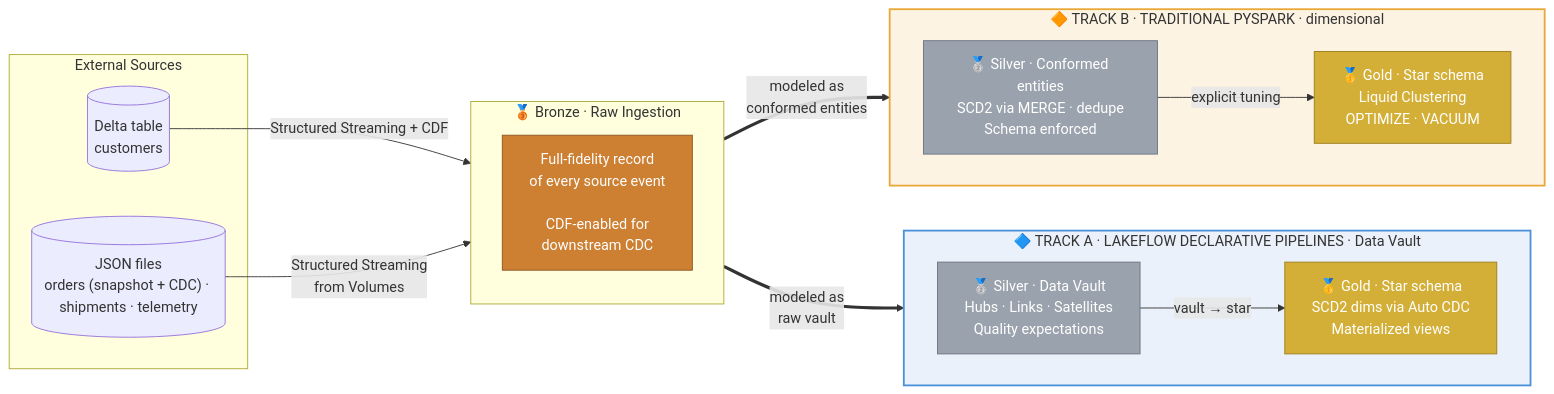
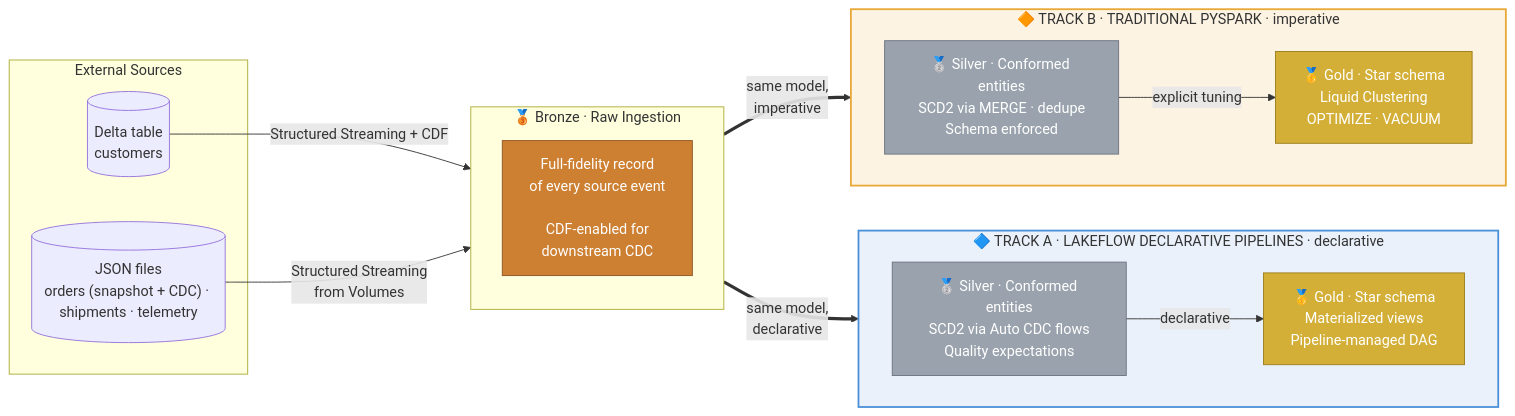
Before and after one commit to schmucas/databricks_de_professional_practice: the second of 5 diagrams in README.md, drawn with Mermaid. The commit also changed other lines of this file and 13 other files, not shown here.

````diff
--- a/README.md
+++ b/README.md
@@ -131,41 +131,41 @@
 ```mermaid
 flowchart LR
     subgraph Sources["External Sources"]
         S1[("Delta table<br/>customers")]
         S2[("JSON files<br/>orders (snapshot + CDC) · shipments · telemetry")]
     end
 
     subgraph Bronze["🥉 Bronze · Raw Ingestion"]
         B["Full-fidelity record<br/>of every source event<br/><br/>CDF-enabled for<br/>downstream CDC"]
     end
 
-    subgraph dlt_track["🔷 TRACK A · LAKEFLOW DECLARATIVE PIPELINES · Data Vault"]
+    subgraph dlt_track["🔷 TRACK A · LAKEFLOW DECLARATIVE PIPELINES · declarative"]
         direction LR
-        SV1["🥈 Silver · Data Vault<br/>Hubs · Links · Satellites<br/>Quality expectations"]
-        G1["🥇 Gold · Star schema<br/>SCD2 dims via Auto CDC<br/>Materialized views"]
-        SV1 -->|"vault → star"| G1
+        SV1["🥈 Silver · Conformed entities<br/>SCD2 via Auto CDC flows<br/>Quality expectations"]
+        G1["🥇 Gold · Star schema<br/>Materialized views<br/>Pipeline-managed DAG"]
+        SV1 -->|"declarative"| G1
     end
 
-    subgraph psp_track["🔶 TRACK B · TRADITIONAL PYSPARK · dimensional"]
+    subgraph psp_track["🔶 TRACK B · TRADITIONAL PYSPARK · imperative"]
         direction LR
         SV2["🥈 Silver · Conformed entities<br/>SCD2 via MERGE · dedupe<br/>Schema enforced"]
         G2["🥇 Gold · Star schema<br/>Liquid Clustering<br/>OPTIMIZE · VACUUM"]
         SV2 -->|"explicit tuning"| G2
     end
 
     S1 -->|"Structured Streaming + CDF"| Bronze
     S2 -->|"Structured Streaming<br/>from Volumes"| Bronze
-    Bronze ==>|"modeled as<br/>raw vault"| SV1
-    Bronze ==>|"modeled as<br/>conformed entities"| SV2
+    Bronze ==>|"same model,<br/>declarative"| SV1
+    Bronze ==>|"same model,<br/>imperative"| SV2
 
     classDef bronze fill:#cd7f32,stroke:#8a5522,color:#fff
     classDef silver fill:#9aa3ad,stroke:#6b7280,color:#fff
     classDef gold   fill:#d4af37,stroke:#9a7d1a,color:#fff
 
     class B bronze
     class SV1,SV2 silver
     class G1,G2 gold
 
     style dlt_track fill:#eaf1fb,stroke:#4a90d9,stroke-width:2px
     style psp_track fill:#fdf3e3,stroke:#e8a838,stroke-width:2px
 ```
````
